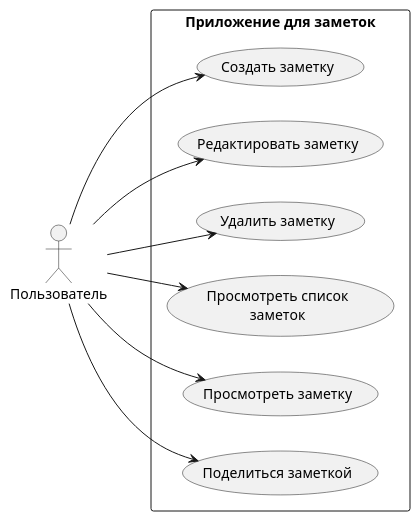
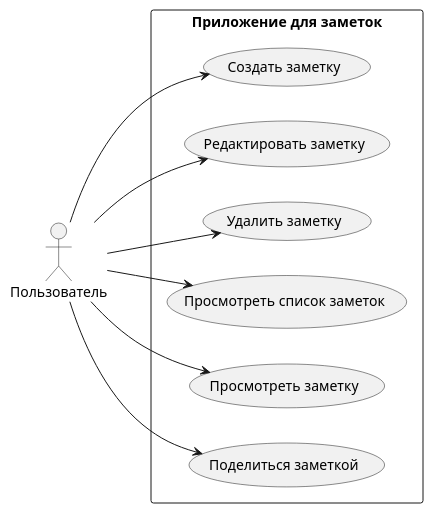
One commit to Balenciaga-boss/notes-organizer-app changed the diagram in use_case_notes.puml. Above: the diagram before and after it, drawn with PlantUML.

Commit message:
Fix use case name for listing notes

```diff
--- a/use_case_notes.puml
+++ b/use_case_notes.puml
@@ -1,22 +1,22 @@
 @startuml
 left to right direction
 
 actor "Пользователь" as User
 
 rectangle "Приложение для заметок" {
     usecase "Создать заметку" as UC_Create
     usecase "Редактировать заметку" as UC_Edit
     usecase "Удалить заметку" as UC_Delete
-    usecase "Просмотреть список\nзаметок" as UC_List
+    usecase "Просмотреть список заметок" as UC_List
     usecase "Просмотреть заметку" as UC_View
     usecase "Поделиться заметкой" as UC_Share
 }
 
 User --> UC_Create
 User --> UC_Edit
 User --> UC_Delete
 User --> UC_List
 User --> UC_View
 User --> UC_Share
 
 @enduml
```
